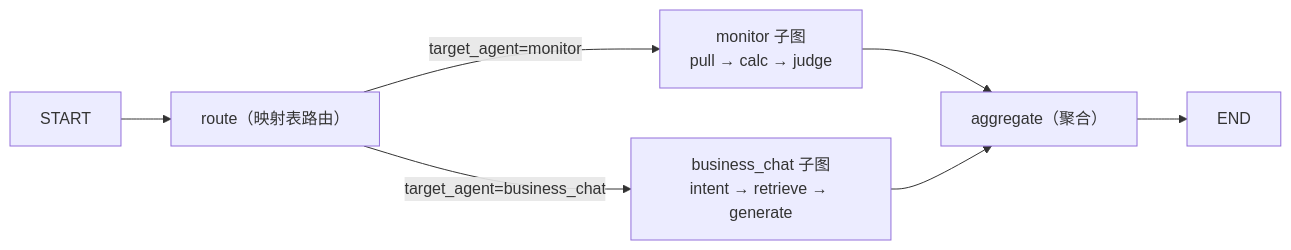
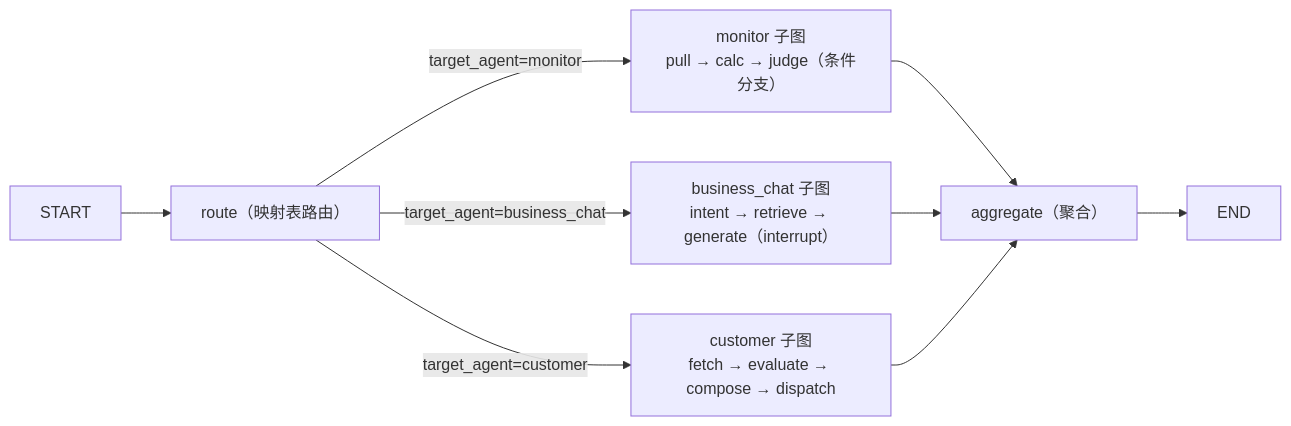
Before and after one commit to chain-engine/x-BeiChen: the second of 5 diagrams in README.md, drawn with Mermaid. The commit also changed other lines of this file and 15 other files, not shown here.

````diff
--- a/README.md
+++ b/README.md
@@ -122,9 +122,11 @@
 ```mermaid
 flowchart LR
     START --> ROUTE["route（映射表路由）"]
-    ROUTE -->|"target_agent=monitor"| SUB1["monitor 子图<br/>pull → calc → judge"]
-    ROUTE -->|"target_agent=business_chat"| SUB2["business_chat 子图<br/>intent → retrieve → generate"]
+    ROUTE -->|"target_agent=monitor"| SUB1["monitor 子图<br/>pull → calc → judge（条件分支）"]
+    ROUTE -->|"target_agent=business_chat"| SUB2["business_chat 子图<br/>intent → retrieve → generate（interrupt）"]
+    ROUTE -->|"target_agent=customer"| SUB3["customer 子图<br/>fetch → evaluate → compose → dispatch"]
     SUB1 --> AGG["aggregate（聚合）"]
     SUB2 --> AGG
+    SUB3 --> AGG
     AGG --> END
 ```
````
